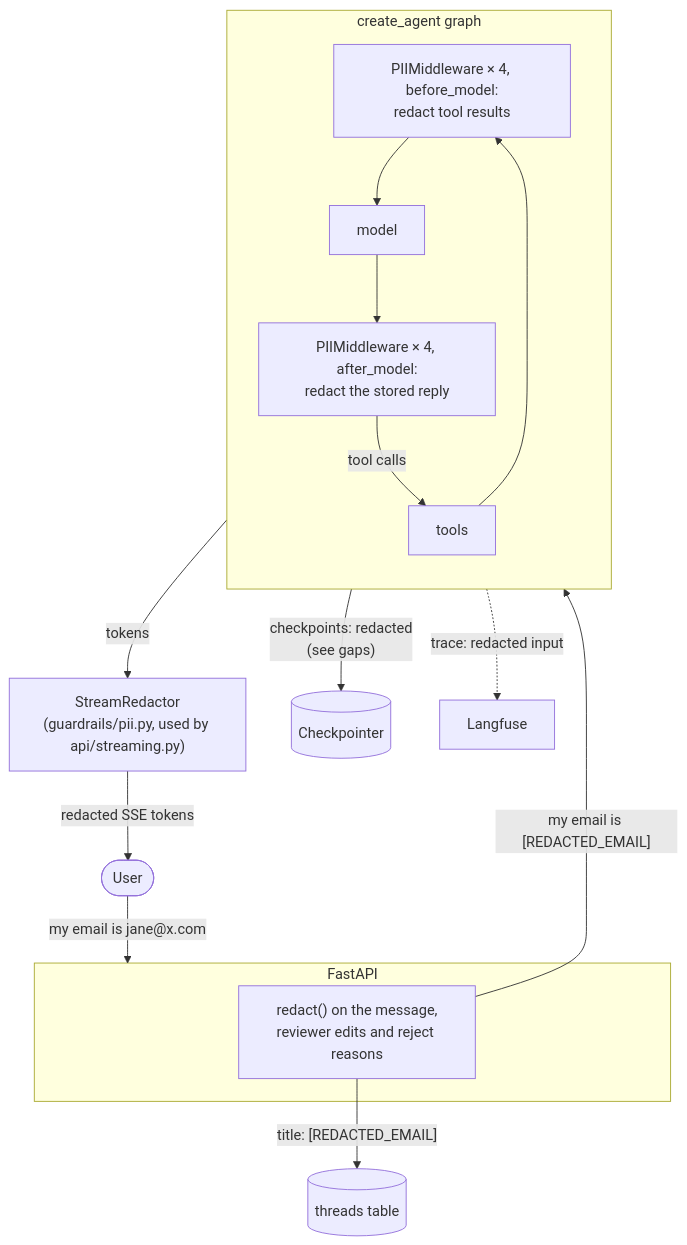
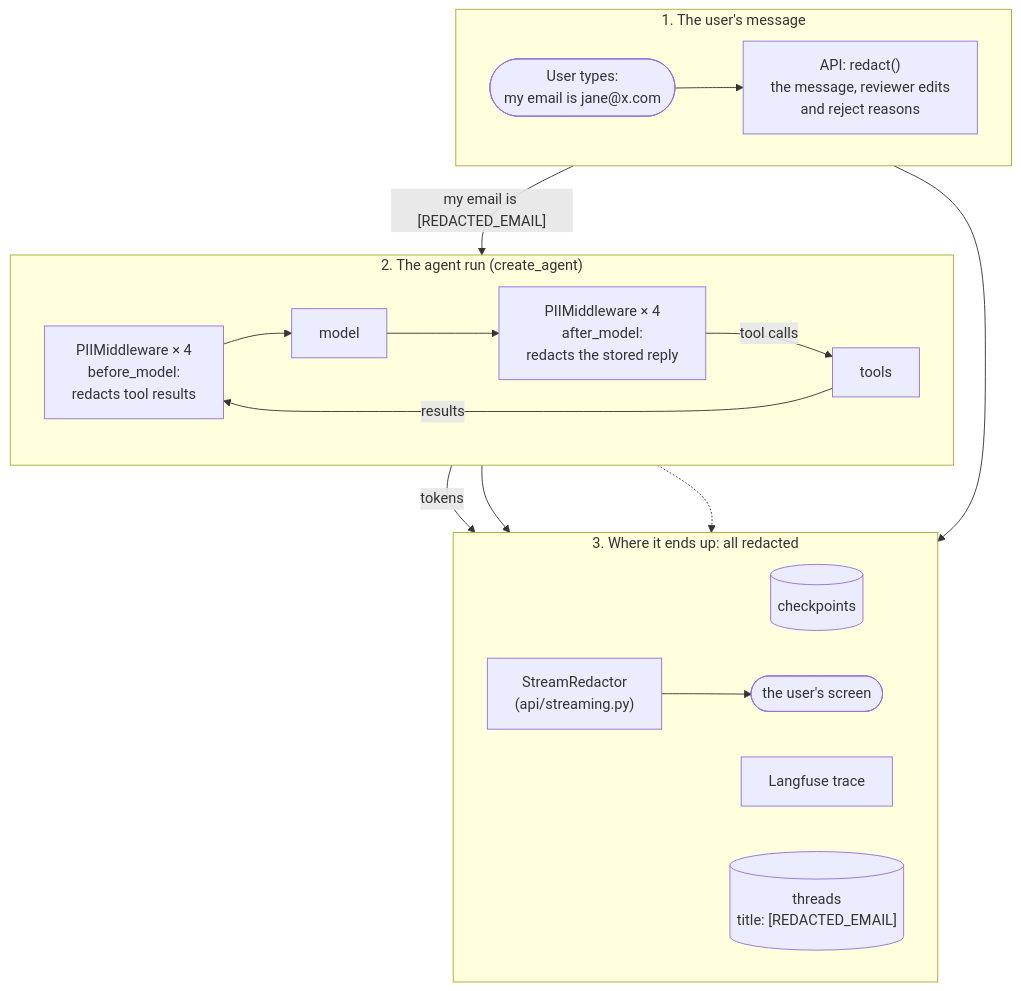
Before and after one commit to Anirudh1905/agentic-ai-chatbot: the diagram in docs/phase-5-pii-detection-masking.md, drawn with Mermaid. The commit also changed other lines of this file and 9 other files, not shown here.

````diff
--- a/docs/phase-5-pii-detection-masking.md
+++ b/docs/phase-5-pii-detection-masking.md
@@ -21,24 +19,28 @@
 ```mermaid
 flowchart TB
-    User([User]) -->|"my email is jane@x.com"| API
-
-    subgraph API["FastAPI"]
-        Redact["redact() on the message,<br/>reviewer edits and reject reasons"]
+    subgraph In["1. The user's message"]
+        direction LR
+        Typed(["User types:<br/>my email is jane@x.com"]) --> Redact["API: redact()<br/>the message, reviewer edits<br/>and reject reasons"]
     end
 
-    Redact -->|"title: [REDACTED_EMAIL]"| Threads[(threads table)]
-    Redact -->|"my email is [REDACTED_EMAIL]"| Agent
-
-    subgraph Agent["create_agent graph"]
-        direction TB
-        Before["PIIMiddleware × 4, before_model:<br/>redact tool results"] --> Model[model]
-        Model --> After["PIIMiddleware × 4, after_model:<br/>redact the stored reply"]
+    subgraph Run["2. The agent run (create_agent)"]
+        direction LR
+        Before["PIIMiddleware × 4<br/>before_model:<br/>redacts tool results"] --> Model[model] --> After["PIIMiddleware × 4<br/>after_model:<br/>redacts the stored reply"]
         After -->|tool calls| Tools[tools]
-        Tools --> Before
+        Tools -->|results| Before
     end
 
-    Model -->|tokens| Stream["StreamRedactor<br/>(guardrails/pii.py, used by api/streaming.py)"]
-    Stream -->|"redacted SSE tokens"| User
-    Agent -->|"checkpoints: redacted<br/>(see gaps)"| CP[(Checkpointer)]
-    Agent -.->|"trace: redacted input"| Obs[Langfuse]
+    subgraph Out["3. Where it ends up: all redacted"]
+        direction LR
+        Checkpoints[(checkpoints)]
+        Langfuse[Langfuse trace]
+        Stream["StreamRedactor<br/>(api/streaming.py)"] --> Screen(["the user's screen"])
+        Threads[("threads<br/>title: [REDACTED_EMAIL]")]
+    end
+
+    Redact -->|"my email is [REDACTED_EMAIL]"| Before
+    Redact --> Threads
+    Model -->|tokens| Stream
+    After --> Checkpoints
+    After -.-> Langfuse
 ```
````
